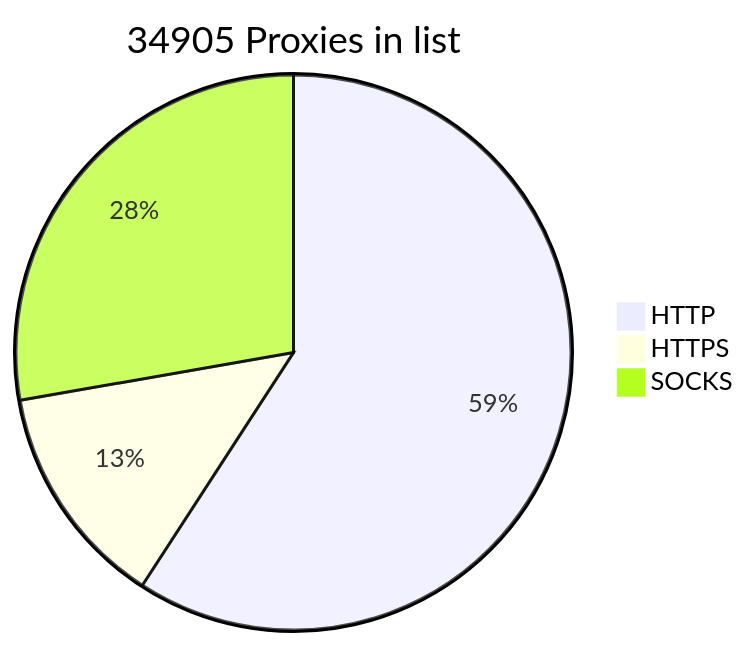
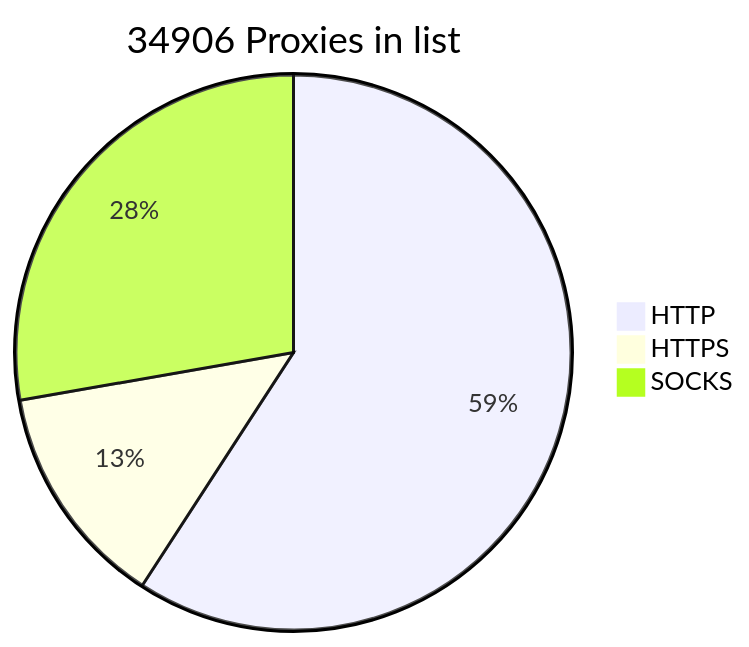
One commit to BlackSnowDot/proxylist-update-every-minute changed the diagram in README.md. Above: the diagram before and after it, drawn with Mermaid.

````diff
--- a/README.md
+++ b/README.md
@@ -2,6 +2,6 @@
 ```mermaid
-pie title 34905 Proxies in list
+pie title 34906 Proxies in list
     "HTTP" : 22911
     "HTTPS": 5066
-    "SOCKS" : 10747
+    "SOCKS" : 10748
 ```
````
